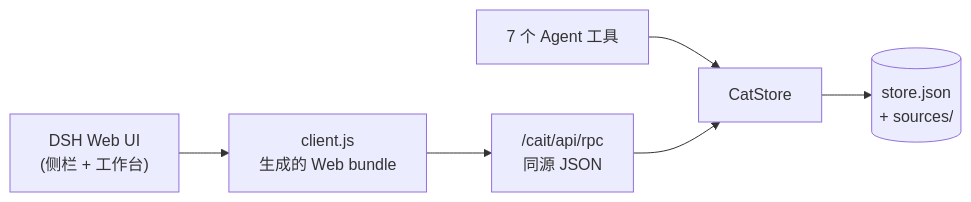
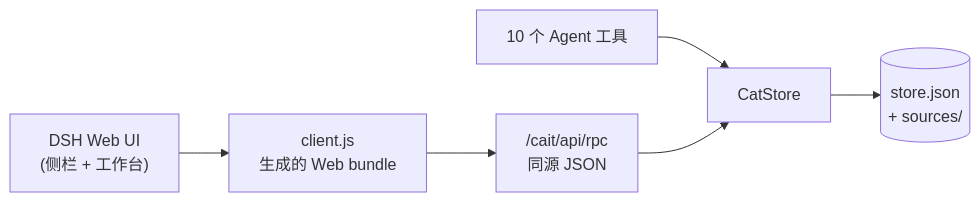
Before and after one commit to JoviLecca/dsh-CAIT: the diagram in README.zh-CN.md, drawn with Mermaid. The commit also changed other lines of this file and 22 other files, not shown here.

````diff
--- a/README.zh-CN.md
+++ b/README.zh-CN.md
@@ -296,8 +312,8 @@
 ```mermaid
 flowchart LR
   UI["DSH Web UI<br/>(侧栏 + 工作台)"] --> Client["client.js<br/>生成的 Web bundle"]
   Client --> API["/cait/api/rpc<br/>同源 JSON"]
-  Tools["7 个 Agent 工具"] --> Store["CatStore"]
+  Tools["10 个 Agent 工具"] --> Store["CatStore"]
   API --> Store
   Store --> Snapshot[("store.json<br/>+ sources/")]
 ```
````
